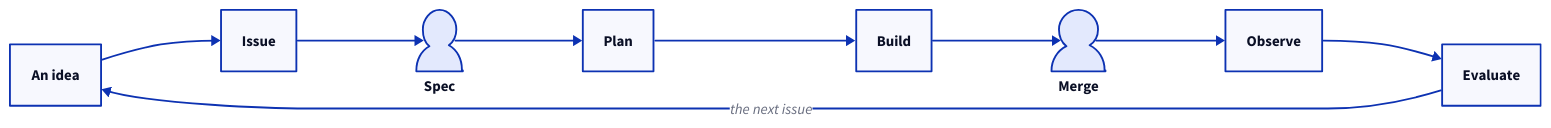
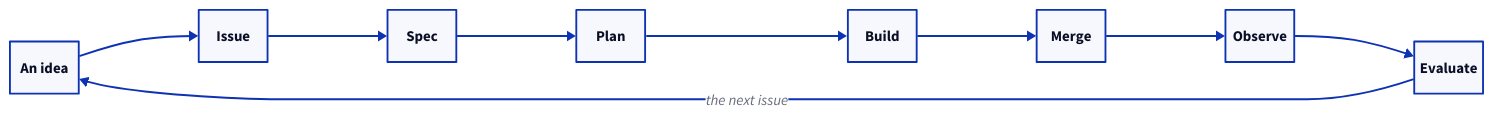
The diagram in docs/engineering/README.md (mesagroup/ai-agent-development-handbook), drawn with D2 before and after one commit. The commit also changed 2 other files, not shown here.

````diff
--- a/docs/engineering/README.md
+++ b/docs/engineering/README.md
@@ -23,13 +23,16 @@
-```d2 title="The story of a change; the human shapes are its two gates"
+```d2 title="The story of a change; the marked steps are its human gates"
 direction: right
+*.class: step
+**.width: 74
+**.height: 56
 idea: An idea
 issue: Issue
-spec: Spec {shape: person}
+spec: Spec {class: human}
 plan: Plan
 build: Build
-merge: Merge {shape: person}
+merge: Merge {class: human}
 run: Observe
 decide: Evaluate
 idea -> issue -> spec -> plan -> build -> merge -> run -> decide
 decide -> idea: the next issue
 ```
````
